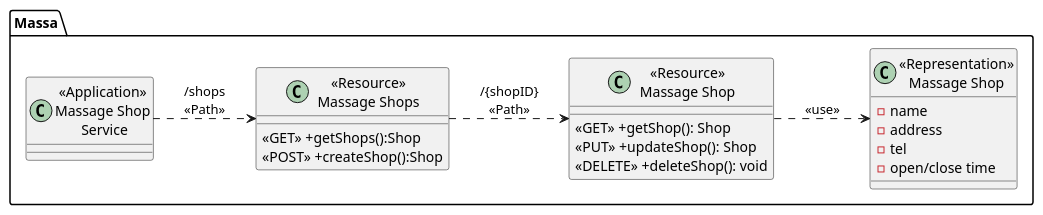
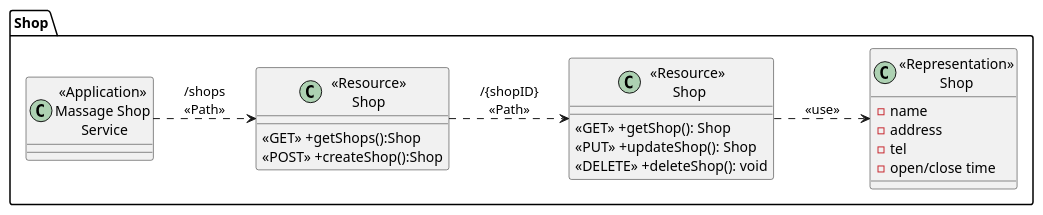
One commit to 2110503TACEDT66/presentation-day-1-rak-bang-phlat-mak changed the diagram in diagrams/class_diagram/MassageShopClass.puml. Above: the diagram before and after it, drawn with PlantUML. The commit also changed 2 other files, not shown here.

Commit message:
updated class diagrams

```diff
--- a/diagrams/class_diagram/MassageShopClass.puml
+++ b/diagrams/class_diagram/MassageShopClass.puml
@@ -1,30 +1,30 @@
 @startuml MassageShopService
 left to right direction
-package "Massa"{
+package "Shop"{
     class "<<Application>>\nMassage Shop\n Service" as MassageShopService{}
 
-    class "<<Resource>>\nMassage Shops" as ResourceShops{
+    class "<<Resource>>\nShop" as ResourceShops{
         <<GET>> +getShops():Shop
         <<POST>> +createShop():Shop
     }
 
-    class "<<Resource>>\nMassage Shop" as ResourceShop {
+    class "<<Resource>>\n Shop" as ResourceShop {
         <<GET>> +getShop(): Shop
         <<PUT>> +updateShop(): Shop
         <<DELETE>> +deleteShop(): void
     }
 
-    class "<<Representation>>\nMassage Shop" as RepresentationShop {
+    class "<<Representation>>\nShop" as RepresentationShop {
         -name
         -address
         -tel 
         -open/close time
     }
 
 }
 
 MassageShopService ..> ResourceShops:"/shops\n<<Path>>"
 ResourceShops ..> ResourceShop: "/{shopID}\n<<Path>>"
 ResourceShop ..> RepresentationShop: "<<use>>"
 
 @enduml
```
